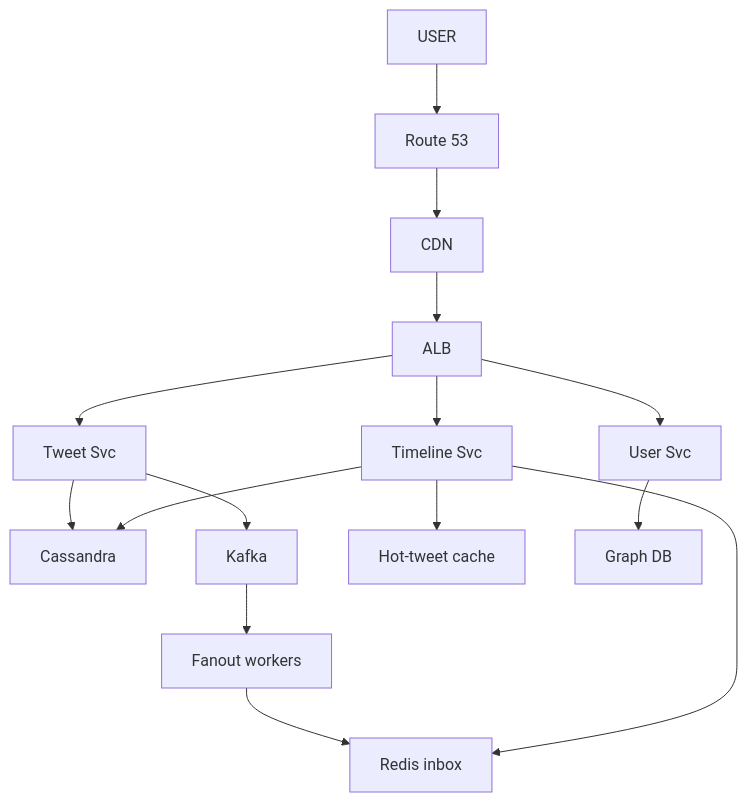
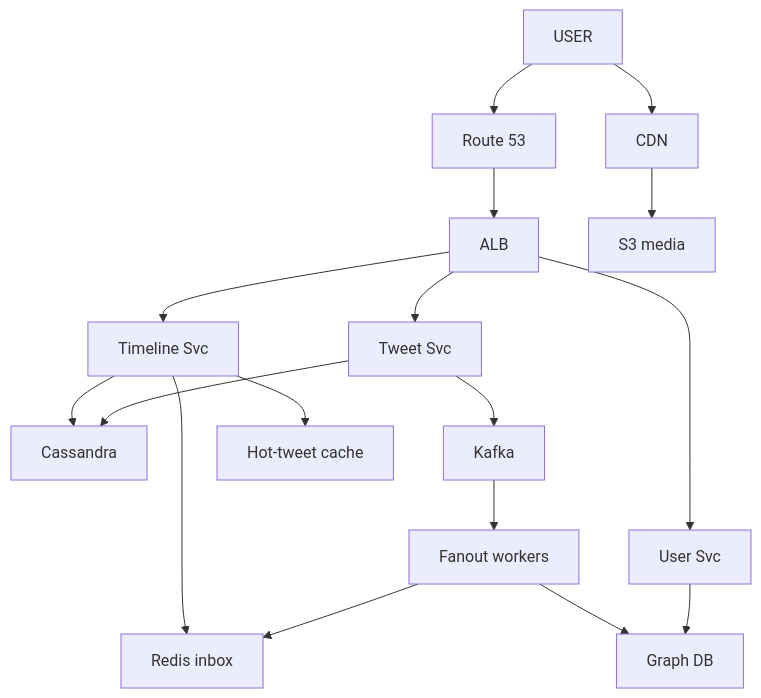
Before and after one commit to ArpanMaheshwari144/Prep: the ninth of 10 diagrams in 04_HLD/SYSTEM_DESIGNS/03_twitter_feed/03_twitter_feed.md, drawn with Mermaid. The commit also changed other lines of this file and 12 other files, not shown here.

````diff
--- a/04_HLD/SYSTEM_DESIGNS/03_twitter_feed/03_twitter_feed.md
+++ b/04_HLD/SYSTEM_DESIGNS/03_twitter_feed/03_twitter_feed.md
@@ -464,30 +473,33 @@
 ```mermaid
 flowchart TD
     n_USER["USER"]
     n_Route_53["Route 53"]
     n_CDN["CDN"]
     n_ALB["ALB"]
     n_Tweet_Svc["Tweet Svc"]
     n_Cassandra["Cassandra"]
     n_Kafka["Kafka"]
     n_Fanout_workers["Fanout workers"]
     n_Redis_inbox["Redis inbox"]
     n_Timeline_Svc["Timeline Svc"]
     n_Hot_tweet_cache["Hot-tweet cache"]
     n_User_Svc["User Svc"]
     n_Graph_DB["Graph DB"]
+    n_S3["S3 media"]
     n_USER --> n_Route_53
-    n_Route_53 --> n_CDN
-    n_CDN --> n_ALB
     n_ALB --> n_Tweet_Svc
     n_ALB --> n_Timeline_Svc
     n_ALB --> n_User_Svc
     n_Tweet_Svc --> n_Cassandra
     n_Tweet_Svc --> n_Kafka
     n_Kafka --> n_Fanout_workers
     n_Fanout_workers --> n_Redis_inbox
     n_Timeline_Svc --> n_Redis_inbox
     n_Timeline_Svc --> n_Hot_tweet_cache
     n_Timeline_Svc --> n_Cassandra
     n_User_Svc --> n_Graph_DB
+    n_Fanout_workers --> n_Graph_DB
+    n_Route_53 --> n_ALB
+    n_USER --> n_CDN
+    n_CDN --> n_S3
 ```
````
